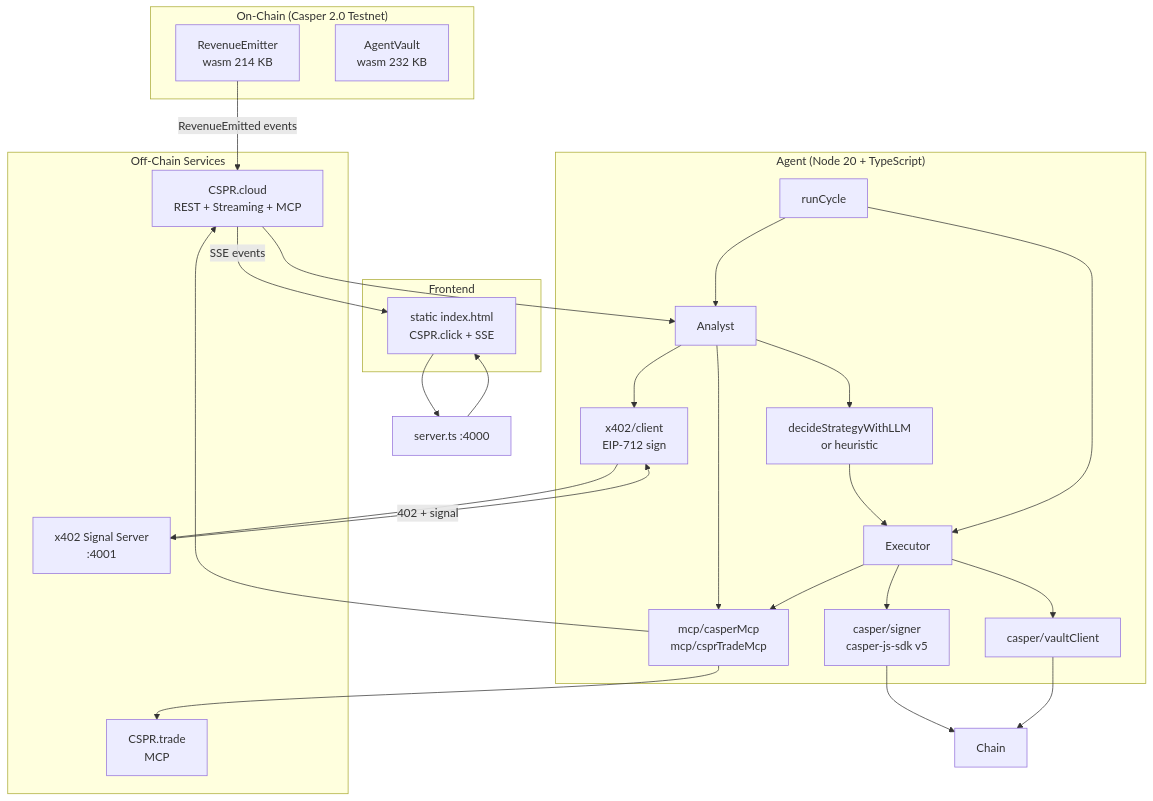
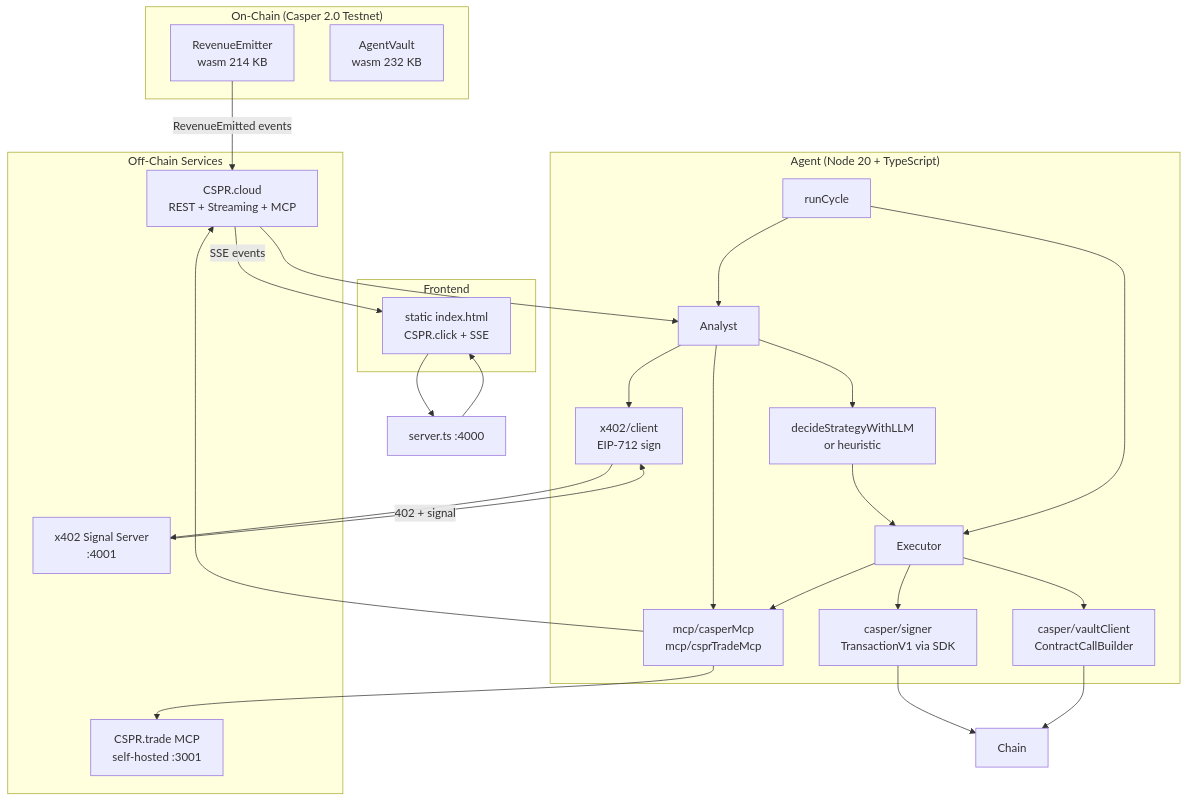
Before and after one commit to antidumpalways/ARWA-Agent: the second of 5 diagrams in README.md, drawn with Mermaid. The commit also changed other lines of this file, not shown here.

````diff
--- a/README.md
+++ b/README.md
@@ -120,49 +120,49 @@
 ```mermaid
 flowchart TB
     subgraph "On-Chain (Casper 2.0 Testnet)"
         RE[RevenueEmitter<br/>wasm 214 KB]
         AV[AgentVault<br/>wasm 232 KB]
     end
 
     subgraph "Agent (Node 20 + TypeScript)"
         IDX[runCycle]
         ANA[Analyst]
         EXE[Executor]
         LLM[decideStrategyWithLLM<br/>or heuristic]
         MCP[mcp/casperMcp<br/>mcp/csprTradeMcp]
         X402[x402/client<br/>EIP-712 sign]
-        SGN[casper/signer<br/>casper-js-sdk v5]
-        VLT[casper/vaultClient]
+        SGN[casper/signer<br/>TransactionV1 via SDK]
+        VLT[casper/vaultClient<br/>ContractCallBuilder]
     end
 
     subgraph "Off-Chain Services"
         CCD[CSPR.cloud<br/>REST + Streaming + MCP]
-        CTR[CSPR.trade<br/>MCP]
+        CTR[CSPR.trade MCP<br/>self-hosted :3001]
         SIG[x402 Signal Server<br/>:4001]
     end
 
     subgraph "Frontend"
         FE2[static index.html<br/>CSPR.click + SSE]
     end
 
     RE -- "RevenueEmitted events" --> CCD
     CCD --> ANA
     ANA --> MCP
     MCP --> CCD
     MCP --> CTR
     ANA --> X402
     X402 --> SIG
     SIG -- "402 + signal" --> X402
     ANA --> LLM
     LLM --> EXE
     EXE --> MCP
     EXE --> SGN
     SGN --> Chain
     EXE --> VLT
     VLT --> Chain
     CCD -- "SSE events" --> FE2
     API[server.ts :4000] --> FE2
     IDX --> ANA
     IDX --> EXE
     FE2 --> API
 ```
````
